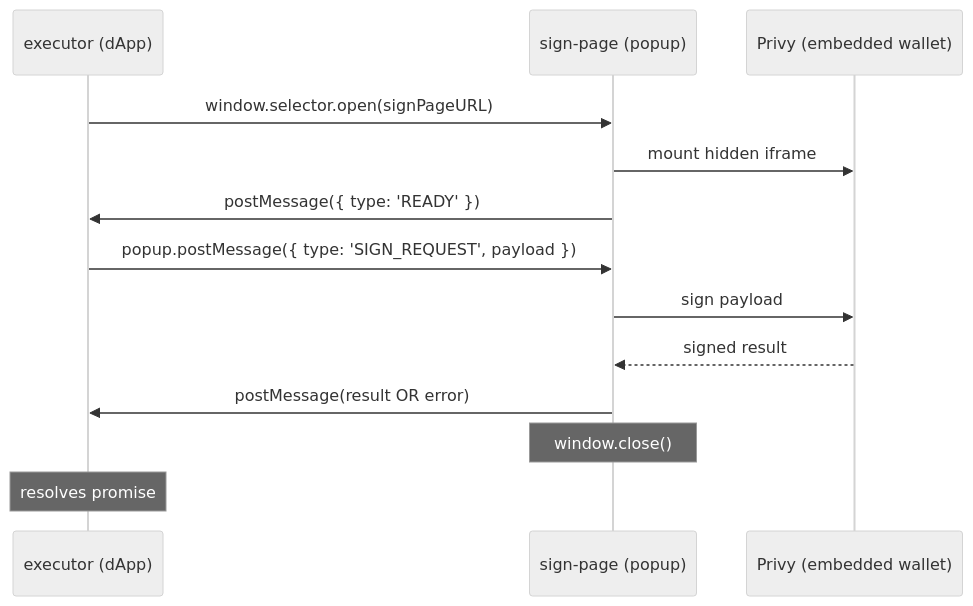
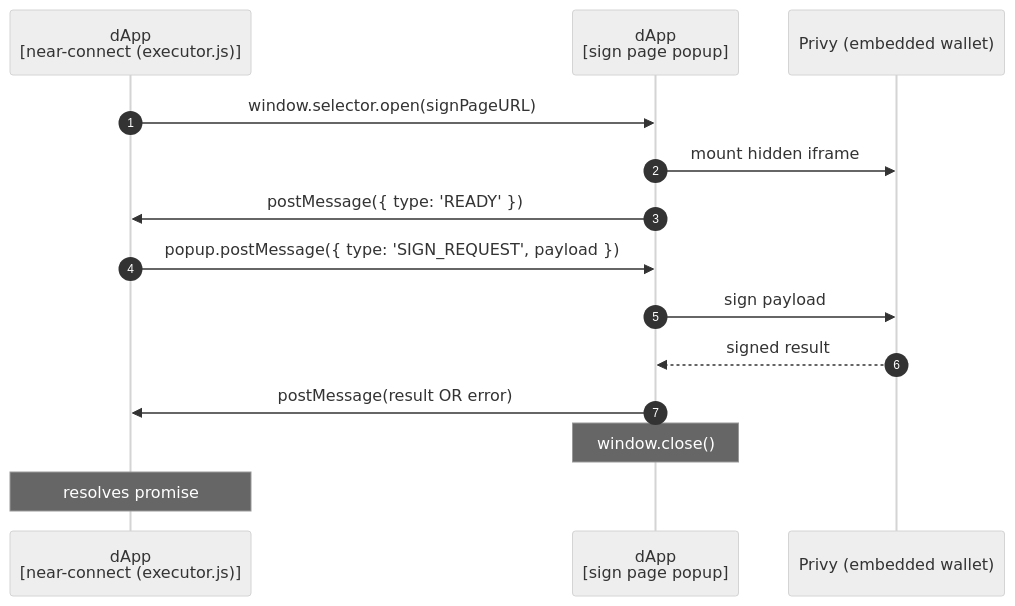
The diagram in README.md (beneviolabs/privy-near-connect), drawn with Mermaid (neutral theme) before and after one commit. The commit also changed other lines of this file, not shown here.

````diff
--- a/README.md
+++ b/README.md
@@ -13,16 +221,17 @@
 ```mermaid
 sequenceDiagram
-  participant E as executor (dApp)
-  participant P as sign-page (popup)
+  autonumber
+  participant E as dApp<br>[near-connect (executor.js)]
+  participant P as dApp<br>[sign page popup]
   participant PR as Privy (embedded wallet)
 
   E->>P: window.selector.open(signPageURL)
   P->>PR: mount hidden iframe
   P->>E: postMessage({ type: 'READY' })
   E->>P: popup.postMessage({ type: 'SIGN_REQUEST', payload })
   P->>PR: sign payload
   PR-->>P: signed result
   P->>E: postMessage(result OR error)
   Note over P: window.close()
   Note over E: resolves promise
 ```
````
